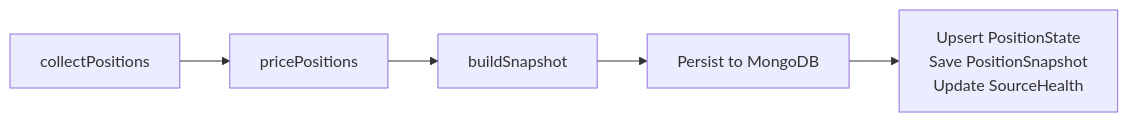
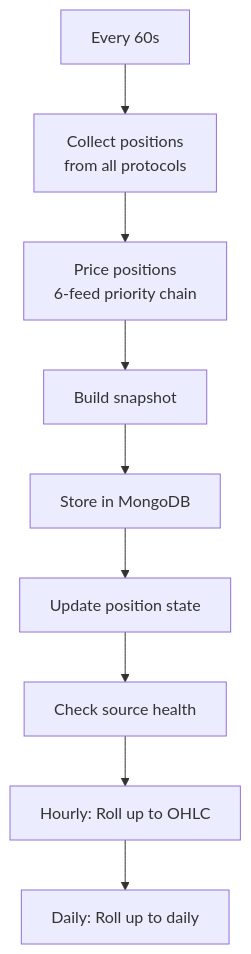
Before and after one commit to untangledfinance/credio-docs: the second of 4 diagrams in docs/OctoPos/architecture.mdx, drawn with Mermaid. The commit also changed other lines of this file and 9 other files, not shown here.

````diff
--- a/docs/OctoPos/architecture.mdx
+++ b/docs/OctoPos/architecture.mdx
@@ -77,7 +159,11 @@
 ```mermaid
-flowchart LR
-    A[collectPositions] --> B[pricePositions]
-    B --> C[buildSnapshot]
-    C --> D[Persist to MongoDB]
-    D --> E[Upsert PositionState<br/>Save PositionSnapshot<br/>Update SourceHealth]
+flowchart TD
+    T1[Every 60s] --> T2[Collect positions<br/>from all protocols]
+    T2 --> T3[Price positions<br/>6-feed priority chain]
+    T3 --> T4[Build snapshot]
+    T4 --> T5[Store in MongoDB]
+    T5 --> T6[Update position state]
+    T6 --> T7[Check source health]
+    T7 --> T8[Hourly: Roll up to OHLC]
+    T8 --> T9[Daily: Roll up to daily]
 ```
````
